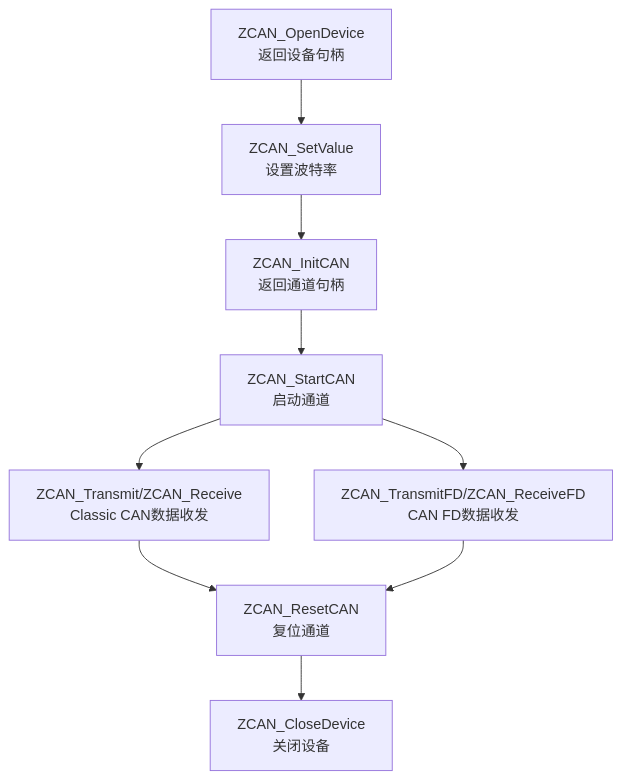
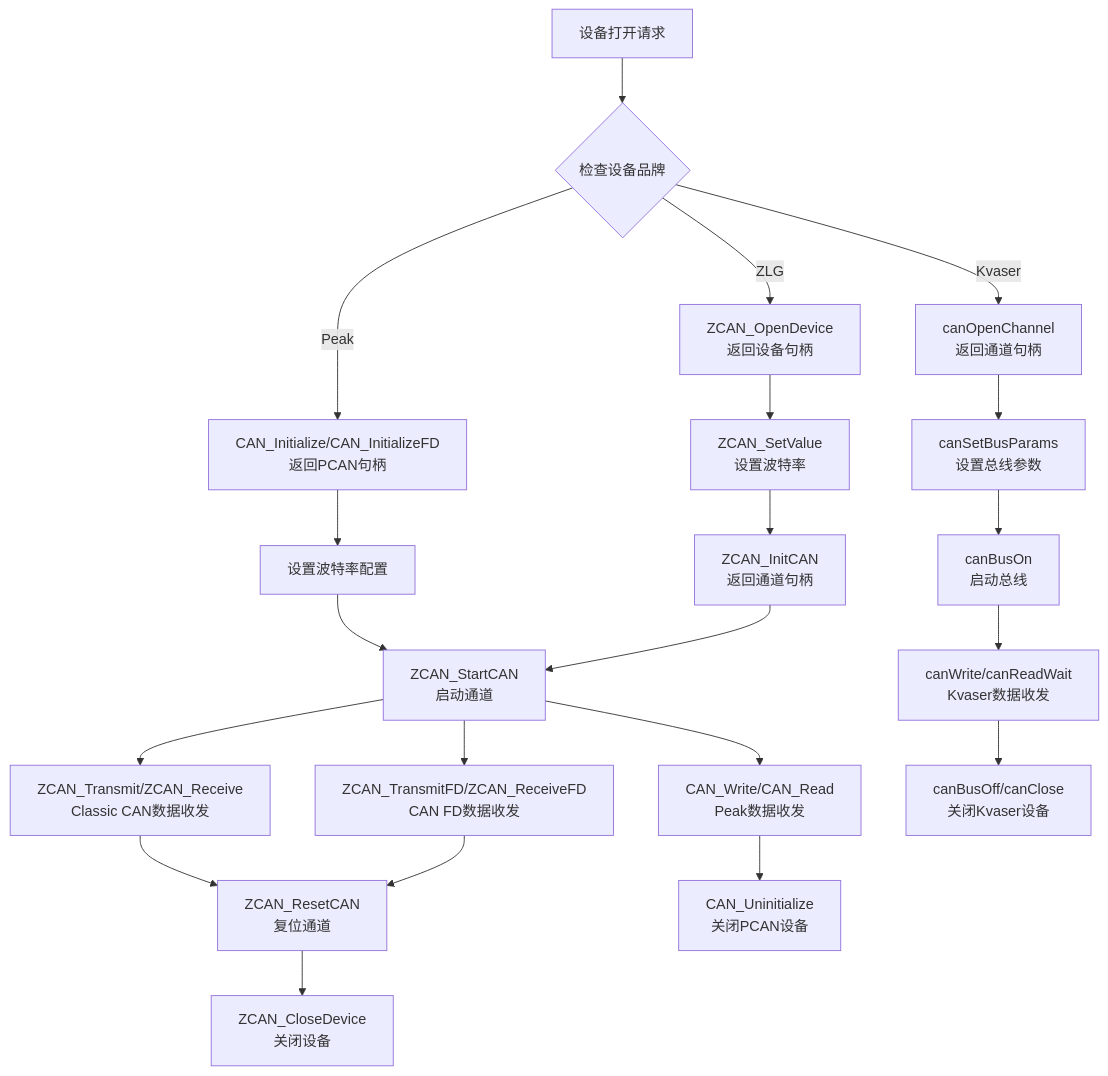
One commit to jakecai1225-design/OpenBus changed the fourth of 10 diagrams in .qoder/repowiki/zh/content/核心模块详解/CAN设备管理系统.md. Above: the diagram before and after it, drawn with Mermaid. The commit also changed other lines of this file and 40 other files, not shown here.

````diff
--- a/.qoder/repowiki/zh/content/核心模块详解/CAN设备管理系统.md
+++ b/.qoder/repowiki/zh/content/核心模块详解/CAN设备管理系统.md
@@ -306,11 +353,23 @@
 ```mermaid
 flowchart TD
-OpenDev["ZCAN_OpenDevice<br/>返回设备句柄"] --> SetBaud["ZCAN_SetValue<br/>设置波特率"]
+OpenDev["设备打开请求"] --> CheckBrand{"检查设备品牌"}
+CheckBrand --> |ZLG| ZLGOpen["ZCAN_OpenDevice<br/>返回设备句柄"]
+CheckBrand --> |Kvaser| KvaserOpen["canOpenChannel<br/>返回通道句柄"]
+CheckBrand --> |Peak| PeakOpen["CAN_Initialize/CAN_InitializeFD<br/>返回PCAN句柄"]
+ZLGOpen --> SetBaud["ZCAN_SetValue<br/>设置波特率"]
+KvaserOpen --> SetBaudK["canSetBusParams<br/>设置总线参数"]
+PeakOpen --> SetBaudP["设置波特率配置"]
 SetBaud --> InitCh["ZCAN_InitCAN<br/>返回通道句柄"]
+SetBaudK --> BusOn["canBusOn<br/>启动总线"]
+SetBaudP --> StartCh["启动PCAN通道"]
 InitCh --> StartCh["ZCAN_StartCAN<br/>启动通道"]
 StartCh --> SendRecv["ZCAN_Transmit/ZCAN_Receive<br/>Classic CAN数据收发"]
 StartCh --> SendRecvFD["ZCAN_TransmitFD/ZCAN_ReceiveFD<br/>CAN FD数据收发"]
+BusOn --> SendRecvK["canWrite/canReadWait<br/>Kvaser数据收发"]
+StartCh --> SendRecvP["CAN_Write/CAN_Read<br/>Peak数据收发"]
 SendRecv --> ResetCh["ZCAN_ResetCAN<br/>复位通道"]
 SendRecvFD --> ResetCh
+SendRecvK --> CloseK["canBusOff/canClose<br/>关闭Kvaser设备"]
+SendRecvP --> CloseP["CAN_Uninitialize<br/>关闭PCAN设备"]
 ResetCh --> CloseDev["ZCAN_CloseDevice<br/>关闭设备"]
 ```
````
